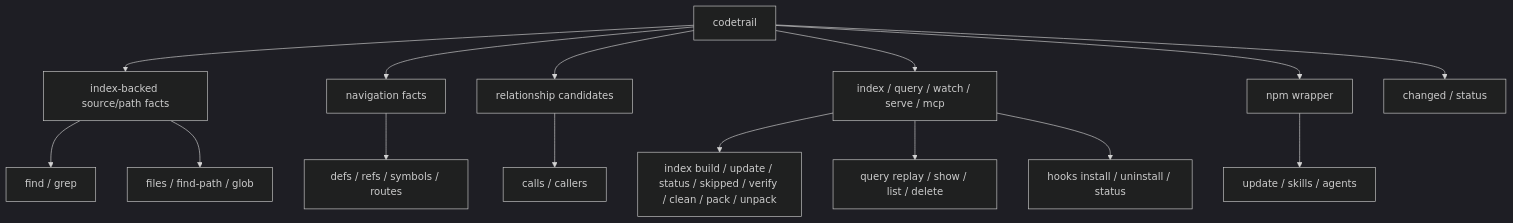
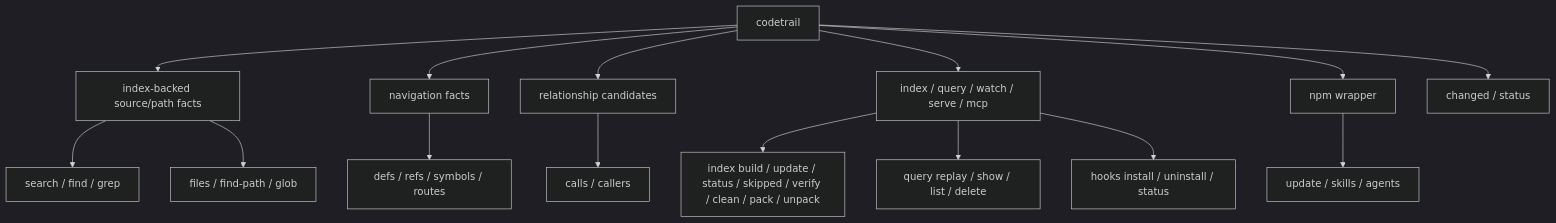
The first of 2 diagrams in docs/02-command-contract.md (mars167/CodeTrail), drawn with Mermaid (dark theme) before and after one commit. The commit also changed other lines of this file and 14 other files, not shown here.

````diff
--- a/docs/02-command-contract.md
+++ b/docs/02-command-contract.md
@@ -7,18 +7,18 @@
 ```mermaid
 flowchart TB
   CS["codetrail"] --> L0["index-backed source/path facts"]
   CS --> L1["navigation facts"]
   CS --> L2["relationship candidates"]
   CS --> Ops["index / query / watch / serve / mcp"]
   CS --> Wrapper["npm wrapper"]
 
-  L0 --> Search["find / grep"]
+  L0 --> Search["search / find / grep"]
   L0 --> Paths["files / find-path / glob"]
   CS --> State["changed / status"]
   L1 --> Nav["defs / refs / symbols / routes"]
   L2 --> Calls["calls / callers"]
   Ops --> Index["index build / update / status / skipped / verify / clean / pack / unpack"]
   Ops --> Query["query replay / show / list / delete"]
   Ops --> Hooks["hooks install / uninstall / status"]
   Wrapper --> WrapperCmds["update / skills / agents"]
 ```
````
